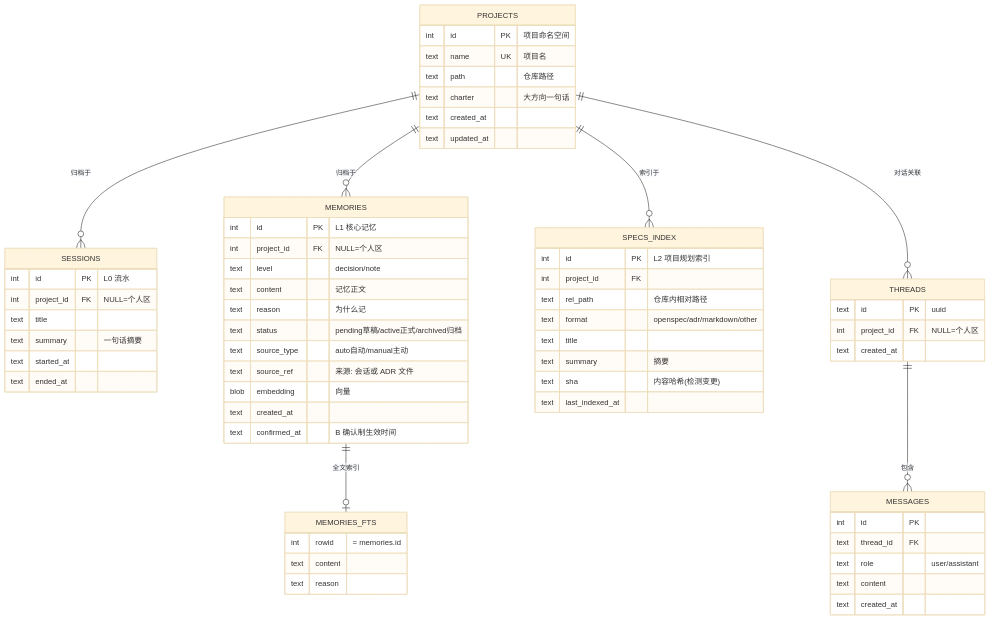
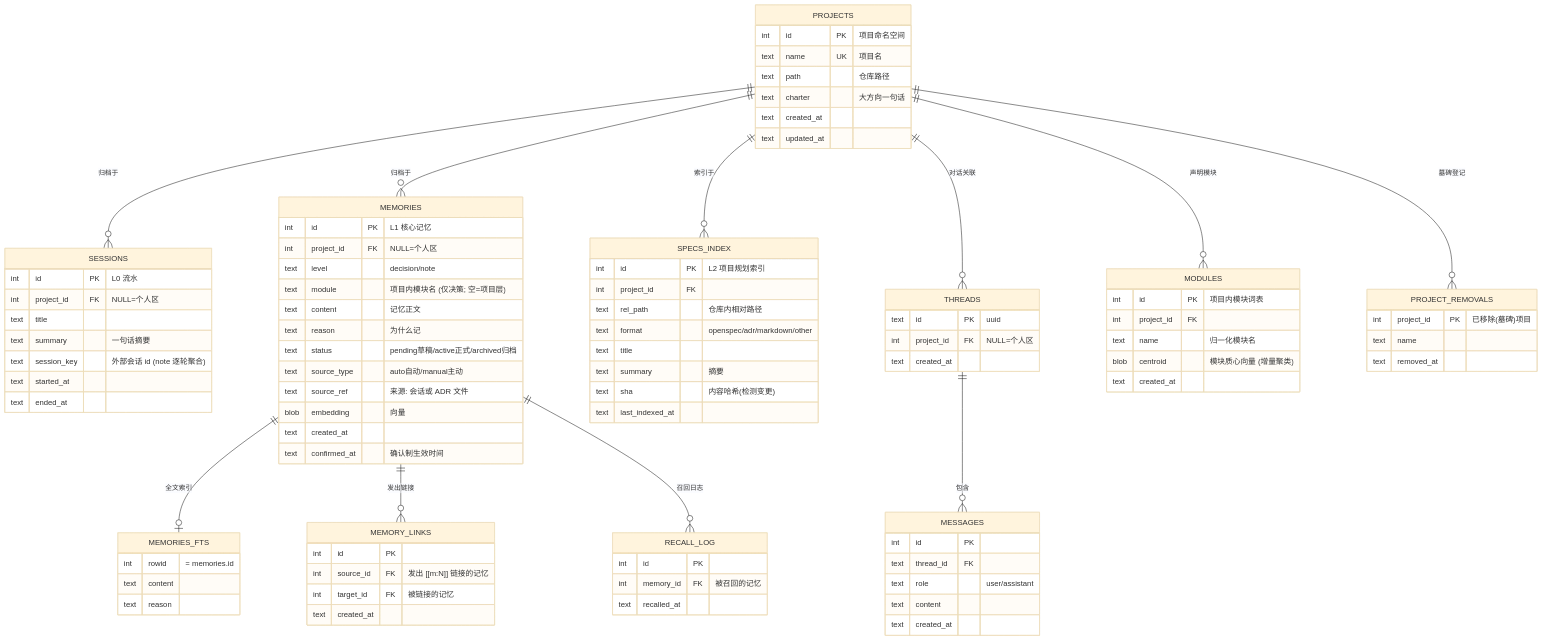
The second of 6 diagrams in docs/ARCHITECTURE.md (ljzRober/L-clone), drawn with Mermaid (base theme) before and after one commit. The commit also changed other lines of this file and 16 other files, not shown here.

```diff
--- a/docs/ARCHITECTURE.md
+++ b/docs/ARCHITECTURE.md
@@ -63,8 +68,12 @@
     PROJECTS ||--o{ MEMORIES : "归档于"
     PROJECTS ||--o{ SPECS_INDEX : "索引于"
     PROJECTS ||--o{ THREADS : "对话关联"
+    PROJECTS ||--o{ MODULES : "声明模块"
+    PROJECTS ||--o{ PROJECT_REMOVALS : "墓碑登记"
     THREADS ||--o{ MESSAGES : "包含"
     MEMORIES ||--o| MEMORIES_FTS : "全文索引"
+    MEMORIES ||--o{ MEMORY_LINKS : "发出链接"
+    MEMORIES ||--o{ RECALL_LOG : "召回日志"
 
     PROJECTS {
         int id PK "项目命名空间"
@@ -80,6 +89,7 @@
         int project_id FK "NULL=个人区"
         text title
         text summary "一句话摘要"
+        text session_key "外部会话 id (note 逐轮聚合)"
         text started_at
         text ended_at
     }
@@ -88,6 +98,7 @@
         int id PK "L1 核心记忆"
         int project_id FK "NULL=个人区"
         text level "decision/note"
+        text module "项目内模块名 (仅决策; 空=项目层)"
         text content "记忆正文"
         text reason "为什么记"
         text status "pending草稿/active正式/archived归档"
@@ -95,7 +106,15 @@
         text source_ref "来源: 会话或 ADR 文件"
         blob embedding "向量"
         text created_at
-        text confirmed_at "B 确认制生效时间"
+        text confirmed_at "确认制生效时间"
+    }
+
+    MODULES {
+        int id PK "项目内模块词表"
+        int project_id FK
+        text name "归一化模块名"
+        blob centroid "模块质心向量 (增量聚类)"
+        text created_at
     }
 
     SPECS_INDEX {
@@ -123,6 +142,25 @@
         text created_at
     }
 
+    MEMORY_LINKS {
+        int id PK
+        int source_id FK "发出 [[m:N]] 链接的记忆"
+        int target_id FK "被链接的记忆"
+        text created_at
+    }
+
+    RECALL_LOG {
+        int id PK
+        int memory_id FK "被召回的记忆"
+        text recalled_at
+    }
+
+    PROJECT_REMOVALS {
+        int project_id PK "已移除(墓碑)项目"
+        text name
+        text removed_at
+    }
+
     MEMORIES_FTS {
         int rowid "= memories.id"
         text content
```
